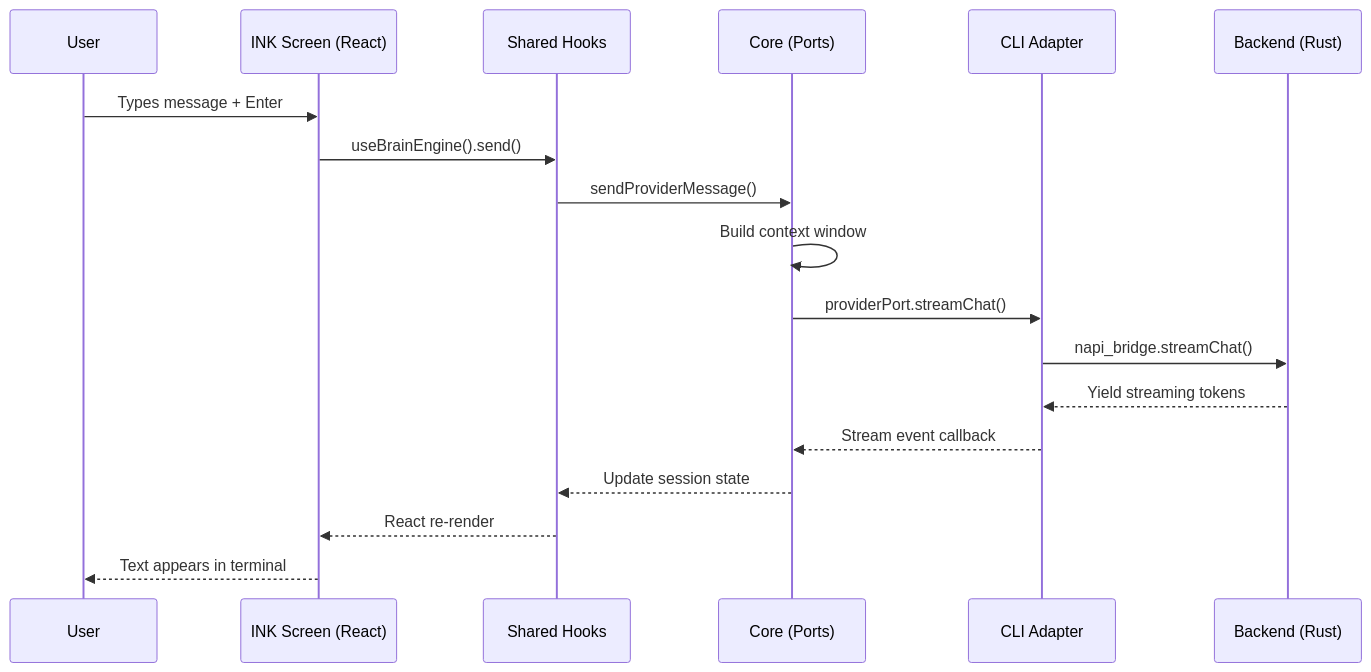
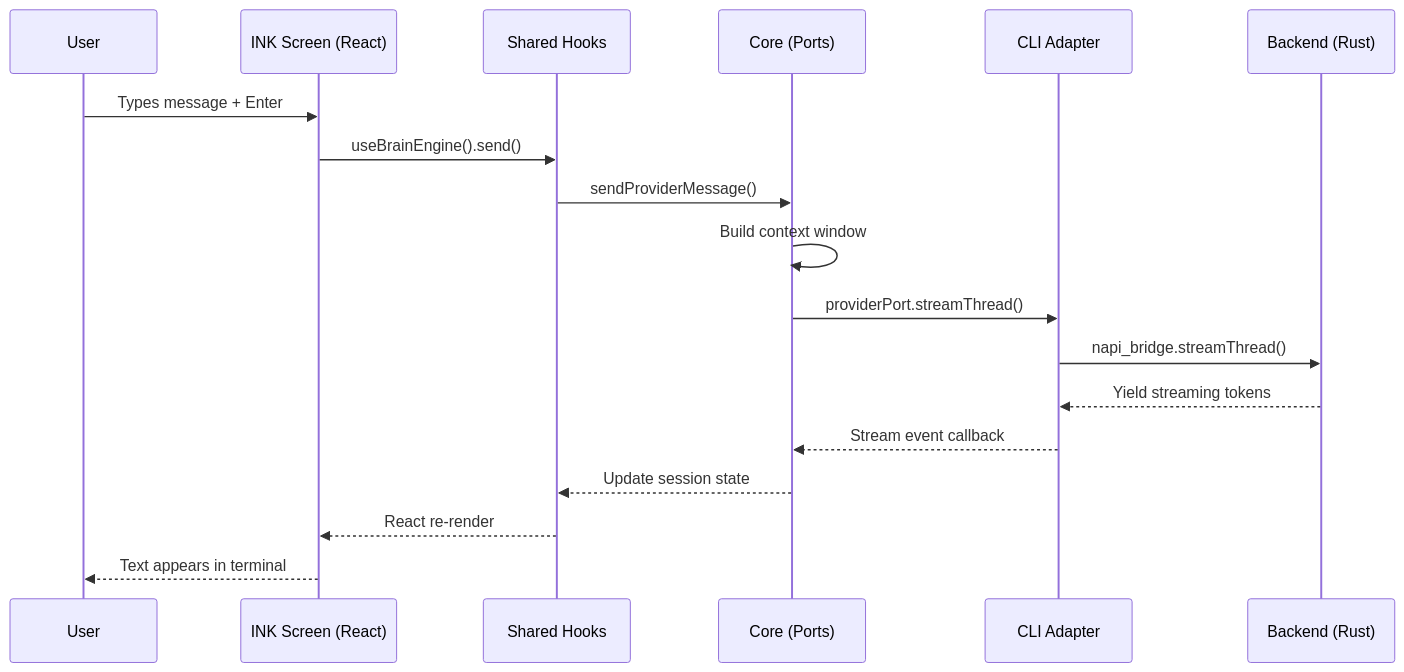
The sixth of 7 diagrams in docs/02-architecture/SQUIGIT.md (squigit-org/squigit), drawn with Mermaid before and after one commit. The commit also changed other lines of this file and 2 other files, not shown here.

Commit message:
refactor(docs): update terminology from chat to thread in documentation

````diff
--- a/docs/02-architecture/SQUIGIT.md
+++ b/docs/02-architecture/SQUIGIT.md
@@ -298,21 +298,21 @@
 ```mermaid
 sequenceDiagram
     participant User
     participant Screen as INK Screen (React)
     participant Hooks as Shared Hooks
     participant Core as Core (Ports)
     participant Adapter as CLI Adapter
     participant Backend as Backend (Rust)
 
     User->>Screen: Types message + Enter
     Screen->>Hooks: useBrainEngine().send()
     Hooks->>Core: sendProviderMessage()
     Core->>Core: Build context window
-    Core->>Adapter: providerPort.streamChat()
-    Adapter->>Backend: napi_bridge.streamChat()
+    Core->>Adapter: providerPort.streamThread()
+    Adapter->>Backend: napi_bridge.streamThread()
     Backend-->>Adapter: Yield streaming tokens
     Adapter-->>Core: Stream event callback
     Core-->>Hooks: Update session state
     Hooks-->>Screen: React re-render
     Screen-->>User: Text appears in terminal
 ```
````
